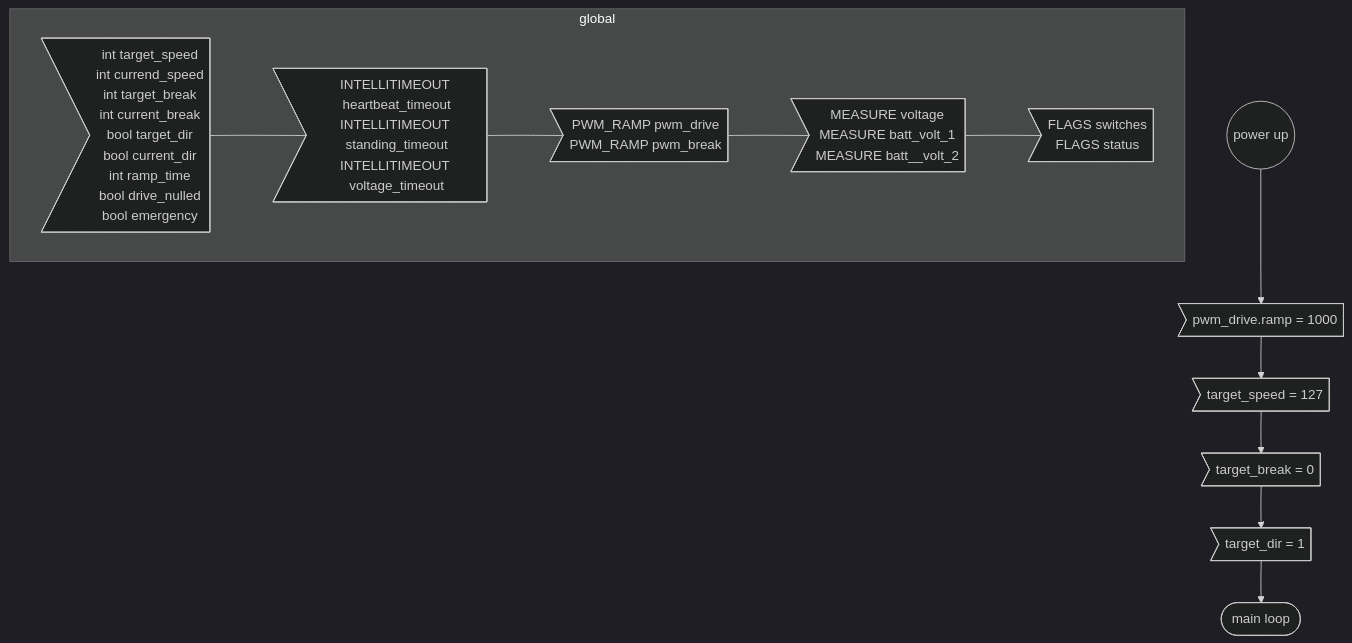
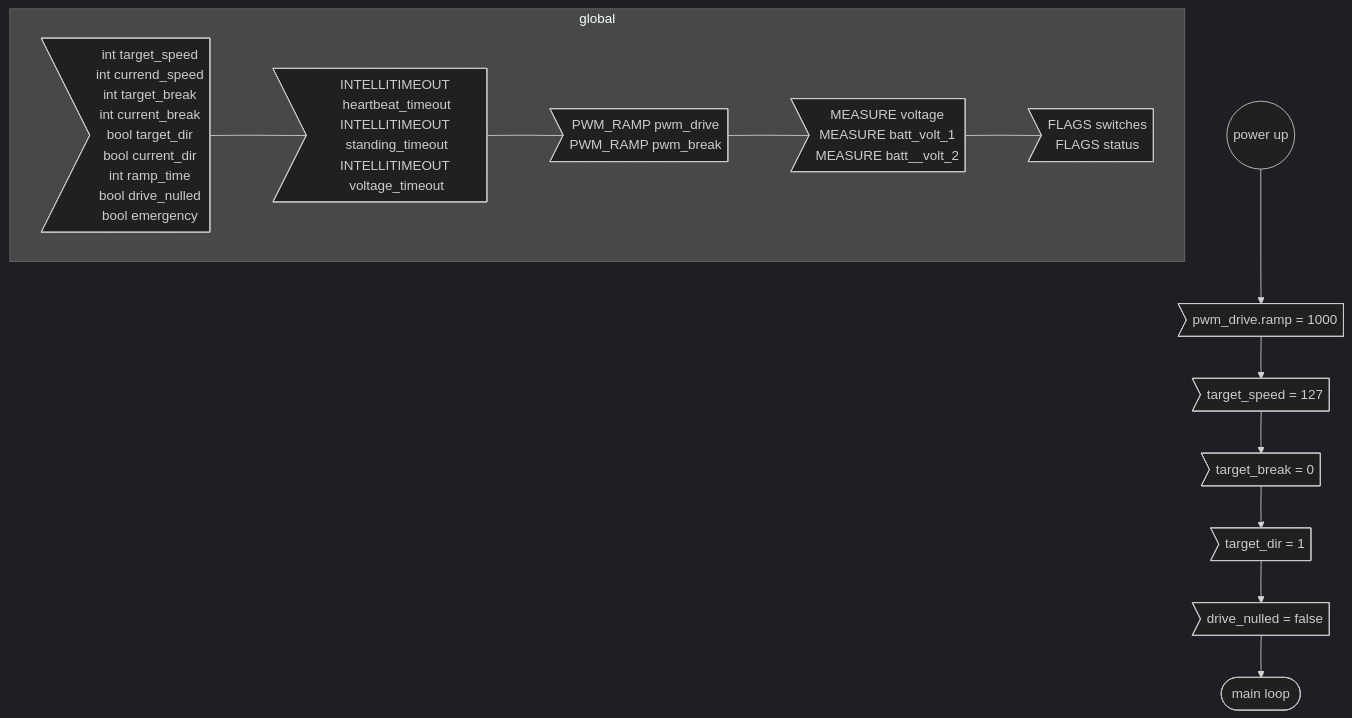
The second of 2 diagrams in Loco_can_motor/FLOATCHART.md (loco-can/loco-can-software), drawn with Mermaid (dark theme) before and after one commit. The commit also changed other lines of this file, not shown here.

Commit message:
update motor flowchart

````diff
--- a/Loco_can_motor/FLOATCHART.md
+++ b/Loco_can_motor/FLOATCHART.md
@@ -16,23 +19,24 @@
 ```mermaid
 graph TD;
     %% motor init
 
     subgraph global;
         globalvars>int target_speed\nint currend_speed\nint target_break\nint current_break\nbool target_dir\nbool current_dir\nint ramp_time\nbool drive_nulled\nbool emergency] --- globaltimeout;
         globaltimeout>INTELLITIMEOUT heartbeat_timeout\nINTELLITIMEOUT standing_timeout\nINTELLITIMEOUT voltage_timeout] --- globalpwm;
         globalpwm>PWM_RAMP pwm_drive\nPWM_RAMP pwm_break] --- globalmeasure;
         globalmeasure>MEASURE voltage\nMEASURE batt_volt_1\nMEASURE batt__volt_2] --- globalflags;
         globalflags>FLAGS switches\nFLAGS status];
     end
 
     %% node definitions
     POWERUP((power up));
     SETRAMP>pwm_drive.ramp = 1000];
     SETSPEED>target_speed = 127];
     SETBREAK>target_break = 0];
     SETDIR>target_dir = 1];
+    SETNULLED>drive_nulled = false];
     ENDPOWERUP([main loop]);
 
     %% flow
-    POWERUP --> SETRAMP --> SETSPEED --> SETBREAK --> SETDIR --> ENDPOWERUP;
+    POWERUP --> SETRAMP --> SETSPEED --> SETBREAK --> SETDIR --> SETNULLED --> ENDPOWERUP;
 ```
````
